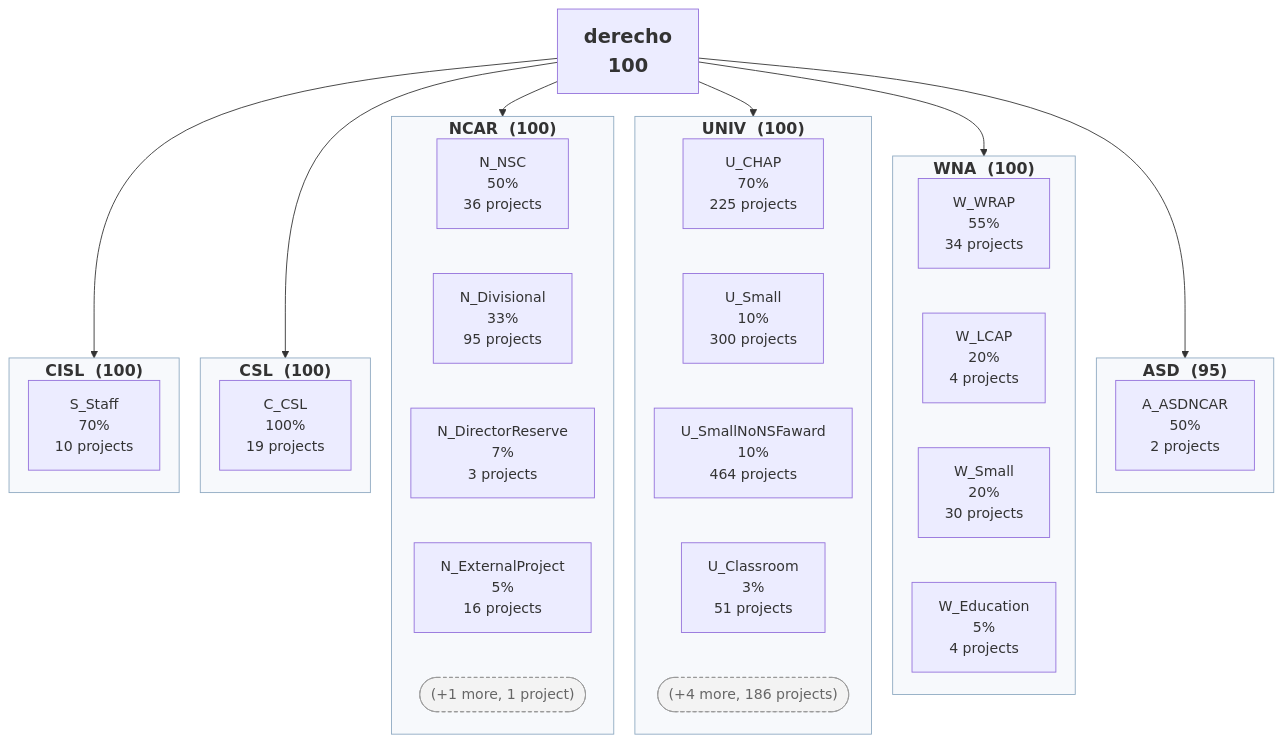
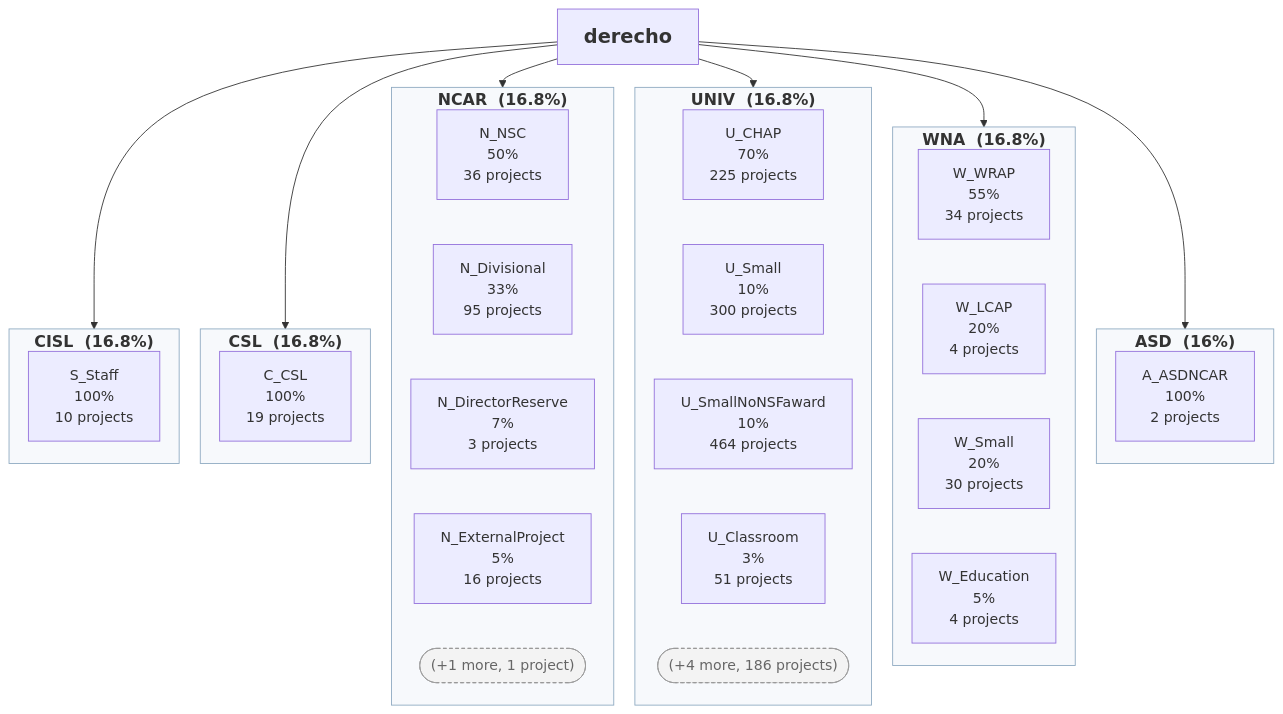
The diagram in docs/sam_and_pbs/_tree_overview.qmd (benkirk/quarto-docs-framework), drawn with Mermaid before and after one commit. The commit also changed 3 other files, not shown here.

First line of the commit message:
tree2mermaid: sibling-normalized percentages, bare root in stacked mode

````diff
--- a/docs/sam_and_pbs/_tree_overview.qmd
+++ b/docs/sam_and_pbs/_tree_overview.qmd
@@ -1,58 +1,58 @@
 ```{mermaid}
 %%| fig-width: 9.5
 %%{init: {"flowchart": {"rankSpacing": 26, "nodeSpacing": 24}}}%%
 graph TD
-    derecho["derecho<br/>100"]
-    subgraph CISL["CISL&nbsp;&nbsp;(100)"]
+    derecho["derecho"]
+    subgraph CISL["CISL&nbsp;&nbsp;(16.8%)"]
         direction TB
-        S_Staff["S_Staff<br/>70%<br/>10 projects"]
+        S_Staff["S_Staff<br/>100%<br/>10 projects"]
     end
     derecho --> CISL
-    subgraph CSL["CSL&nbsp;&nbsp;(100)"]
+    subgraph CSL["CSL&nbsp;&nbsp;(16.8%)"]
         direction TB
         C_CSL["C_CSL<br/>100%<br/>19 projects"]
     end
     derecho --> CSL
-    subgraph NCAR["NCAR&nbsp;&nbsp;(100)"]
+    subgraph NCAR["NCAR&nbsp;&nbsp;(16.8%)"]
         direction TB
         N_NSC["N_NSC<br/>50%<br/>36 projects"]
         N_Divisional["N_Divisional<br/>33%<br/>95 projects"]
         N_DirectorReserve["N_DirectorReserve<br/>7%<br/>3 projects"]
         N_ExternalProject["N_ExternalProject<br/>5%<br/>16 projects"]
         NCAR_more(["(+1 more, 1 project)"])
         N_NSC ~~~ N_Divisional ~~~ N_DirectorReserve ~~~ N_ExternalProject ~~~ NCAR_more
     end
     derecho --> NCAR
-    subgraph UNIV["UNIV&nbsp;&nbsp;(100)"]
+    subgraph UNIV["UNIV&nbsp;&nbsp;(16.8%)"]
         direction TB
         U_CHAP["U_CHAP<br/>70%<br/>225 projects"]
         U_Small["U_Small<br/>10%<br/>300 projects"]
         U_SmallNoNSFaward["U_SmallNoNSFaward<br/>10%<br/>464 projects"]
         U_Classroom["U_Classroom<br/>3%<br/>51 projects"]
         UNIV_more(["(+4 more, 186 projects)"])
         U_CHAP ~~~ U_Small ~~~ U_SmallNoNSFaward ~~~ U_Classroom ~~~ UNIV_more
     end
     derecho --> UNIV
-    subgraph WNA["WNA&nbsp;&nbsp;(100)"]
+    subgraph WNA["WNA&nbsp;&nbsp;(16.8%)"]
         direction TB
         W_WRAP["W_WRAP<br/>55%<br/>34 projects"]
         W_LCAP["W_LCAP<br/>20%<br/>4 projects"]
         W_Small["W_Small<br/>20%<br/>30 projects"]
         W_Education["W_Education<br/>5%<br/>4 projects"]
         W_WRAP ~~~ W_LCAP ~~~ W_Small ~~~ W_Education
     end
     derecho --> WNA
-    subgraph ASD["ASD&nbsp;&nbsp;(95)"]
+    subgraph ASD["ASD&nbsp;&nbsp;(16%)"]
         direction TB
-        A_ASDNCAR["A_ASDNCAR<br/>50%<br/>2 projects"]
+        A_ASDNCAR["A_ASDNCAR<br/>100%<br/>2 projects"]
     end
     derecho --> ASD
     classDef grp fill:#cfe2f3,stroke:#1f4e79,stroke-width:2px
     classDef selfleaf fill:#fff2cc,stroke:#bf9000
     classDef elided fill:#f3f3f3,stroke:#999999,stroke-dasharray:4 3,color:#666666
     classDef tier fill:#f7f9fc,stroke:#8ea9c1,font-size:18px,font-weight:bold
     classDef rootv font-size:22px,font-weight:bold
     class NCAR_more,UNIV_more elided
     class CISL,CSL,NCAR,UNIV,WNA,ASD tier
     class derecho rootv
 ```
````
